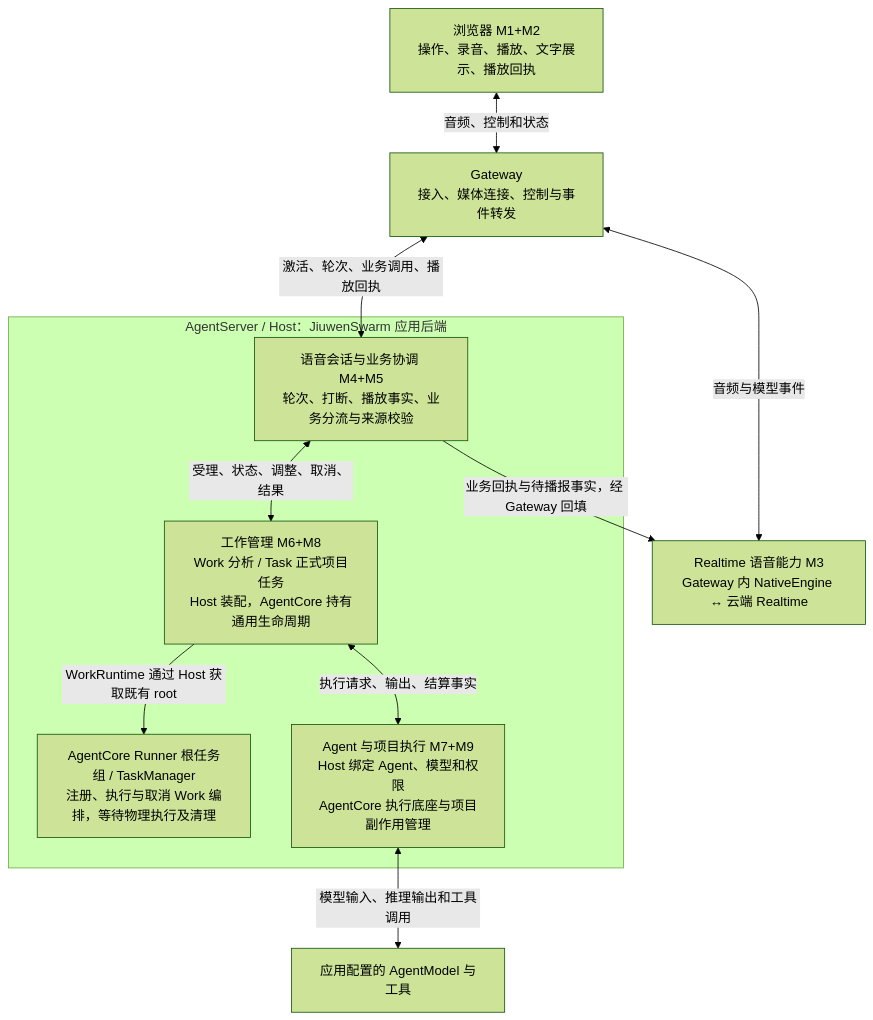
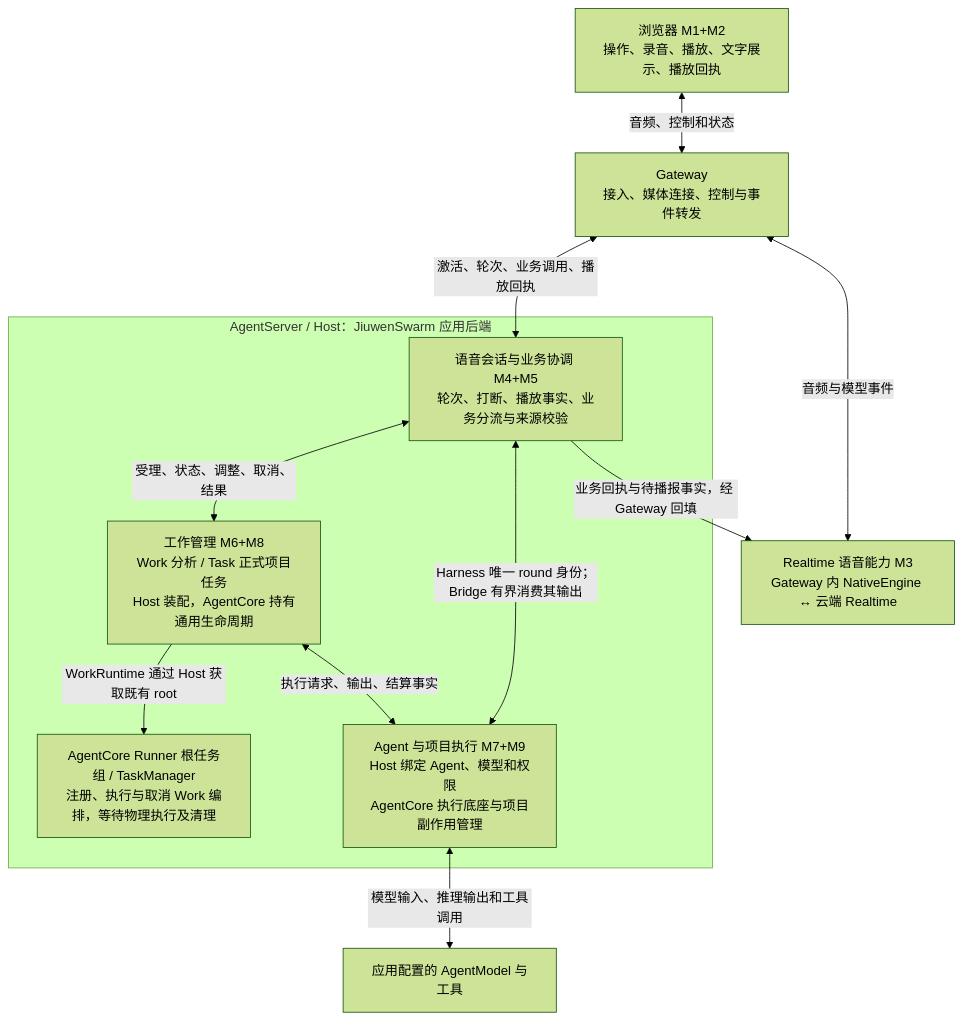
The first of 2 diagrams in live-voice/architecture/LIVE_VOICE_MODULE_GUIDE.md (agtai/jiuwenswarm), drawn with Mermaid (forest theme) before and after one commit. The commit also changed other lines of this file and 12 other files, not shown here.

````diff
--- a/live-voice/architecture/LIVE_VOICE_MODULE_GUIDE.md
+++ b/live-voice/architecture/LIVE_VOICE_MODULE_GUIDE.md
@@ -24,20 +21,21 @@
 ```mermaid
 flowchart TB
   B["浏览器 M1+M2<br/>操作、录音、播放、文字展示、播放回执"]
   G["Gateway<br/>接入、媒体连接、控制与事件转发"]
   E["Realtime 语音能力 M3<br/>Gateway 内 NativeEngine ↔ 云端 Realtime"]
   subgraph H["AgentServer / Host：JiuwenSwarm 应用后端"]
     C["语音会话与业务协调 M4+M5<br/>轮次、打断、播放事实、业务分流与来源校验"]
     W["工作管理 M6+M8<br/>Work 分析 / Task 正式项目任务<br/>Host 装配，AgentCore 持有通用生命周期"]
     R["AgentCore Runner 根任务组 / TaskManager<br/>注册、执行与取消 Work 编排，等待物理执行及清理"]
     W -->|WorkRuntime 通过 Host 获取既有 root| R
     X["Agent 与项目执行 M7+M9<br/>Host 绑定 Agent、模型和权限<br/>AgentCore 执行底座与项目副作用管理"]
     C <-->|受理、状态、调整、取消、结果| W
     W <-->|执行请求、输出、结算事实| X
+    C <-->|Harness 唯一 round 身份；Bridge 有界消费其输出| X
   end
   B <-->|音频、控制和状态| G
   G <-->|音频与模型事件| E
   G <-->|激活、轮次、业务调用、播放回执| C
   C -->|业务回执与待播报事实，经 Gateway 回填| E
   X <-->|模型输入、推理输出和工具调用| A["应用配置的 AgentModel 与工具"]
 ```
````
